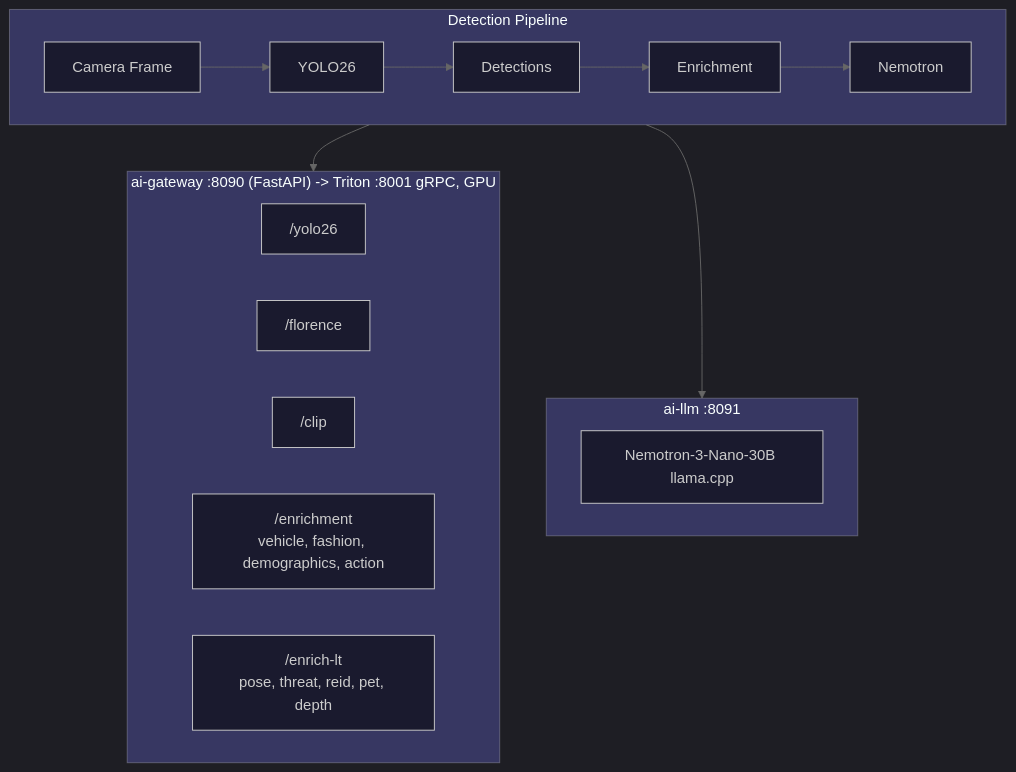
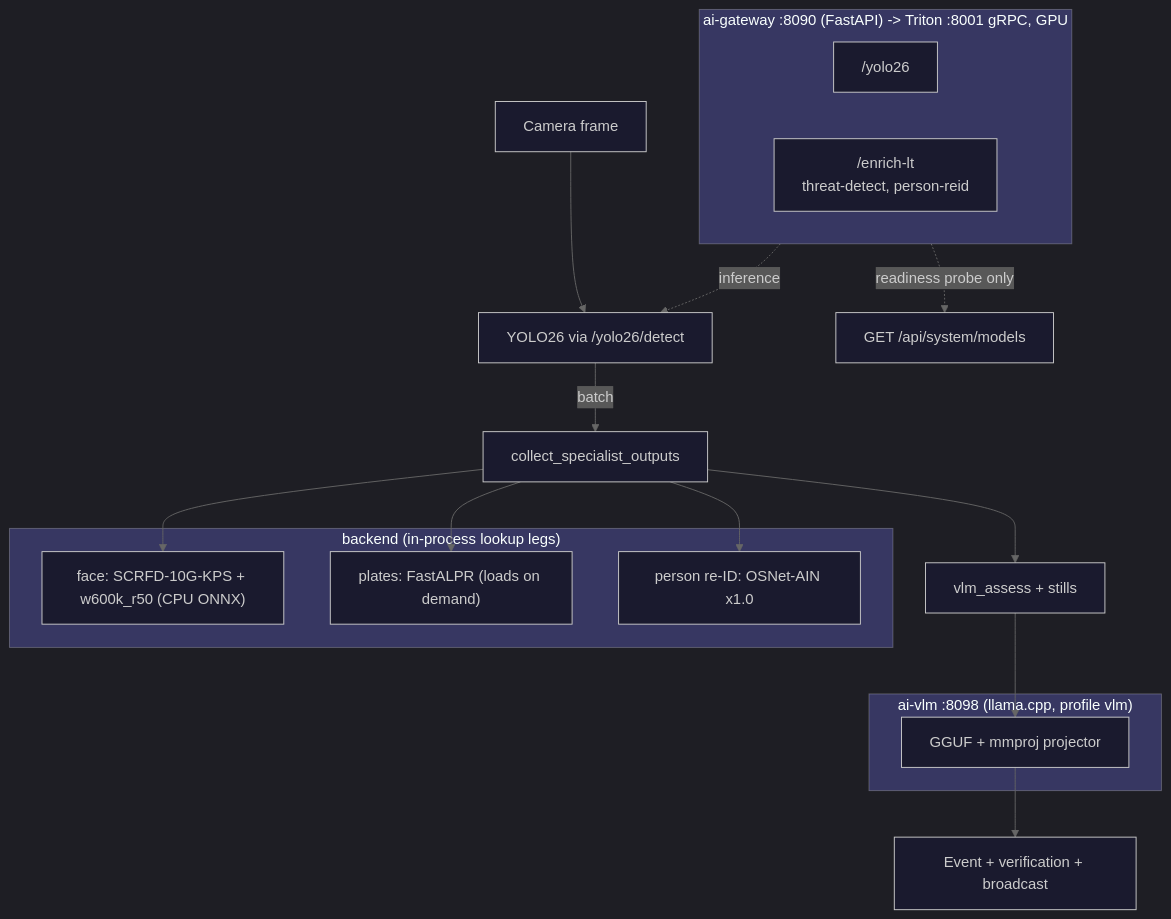
Before and after one commit to mikesvoboda/nemotron-v3-home-security-intelligence: the diagram in docs/ai/model-zoo.md, drawn with Mermaid. The commit also changed other lines of this file and 231 other files, not shown here.

````diff
--- a/docs/ai/model-zoo.md
+++ b/docs/ai/model-zoo.md
@@ -44,37 +32,41 @@
 ```mermaid
 %%{init: {
   'theme': 'dark',
   'themeVariables': {
     'primaryColor': '#3B82F6',
     'primaryTextColor': '#FFFFFF',
     'primaryBorderColor': '#60A5FA',
     'secondaryColor': '#A855F7',
     'tertiaryColor': '#009688',
     'background': '#121212',
     'mainBkg': '#1a1a2e',
     'lineColor': '#666666'
   }
 }}%%
 flowchart TB
-    subgraph Pipeline["Detection Pipeline"]
-        CAM[Camera Frame] --> YOLO[YOLO26]
-        YOLO --> DET[Detections]
-        DET --> ENR[Enrichment]
-        ENR --> NEM[Nemotron]
+    subgraph GW["ai-gateway :8090 (FastAPI) -> Triton :8001 gRPC, GPU"]
+        YR["/yolo26"]
+        LR["/enrich-lt<br/>threat-detect, person-reid"]
     end
 
-    subgraph GW["ai-gateway :8090 (FastAPI) -> Triton :8001 gRPC, GPU"]
-        YR["/yolo26"]
-        FR["/florence"]
-        CR["/clip"]
-        HR["/enrichment<br/>vehicle, fashion, demographics, action"]
-        LR["/enrich-lt<br/>pose, threat, reid, pet, depth"]
+    subgraph VLM["ai-vlm :8098 (llama.cpp, profile vlm)"]
+        QWEN[GGUF + mmproj projector]
     end
 
-    subgraph LLM["ai-llm :8091"]
-        NEMC[Nemotron-3-Nano-30B llama.cpp]
+    subgraph BE["backend (in-process lookup legs)"]
+        FACE["face: SCRFD-10G-KPS + w600k_r50 (CPU ONNX)"]
+        PLATE["plates: FastALPR (loads on demand)"]
+        REID["person re-ID: OSNet-AIN x1.0"]
     end
 
-    Pipeline --> GW
-    Pipeline --> LLM
+    CAM[Camera frame] --> YOLO[YOLO26 via /yolo26/detect]
+    YOLO -->|batch| SPEC[collect_specialist_outputs]
+    SPEC --> FACE
+    SPEC --> PLATE
+    SPEC --> REID
+    SPEC --> VLMCALL[vlm_assess + stills]
+    VLMCALL --> QWEN
+    QWEN --> EVT[Event + verification + broadcast]
+    GW -.->|readiness probe only| READY[GET /api/system/models]
+    GW -.->|inference| YOLO
 ```
````
